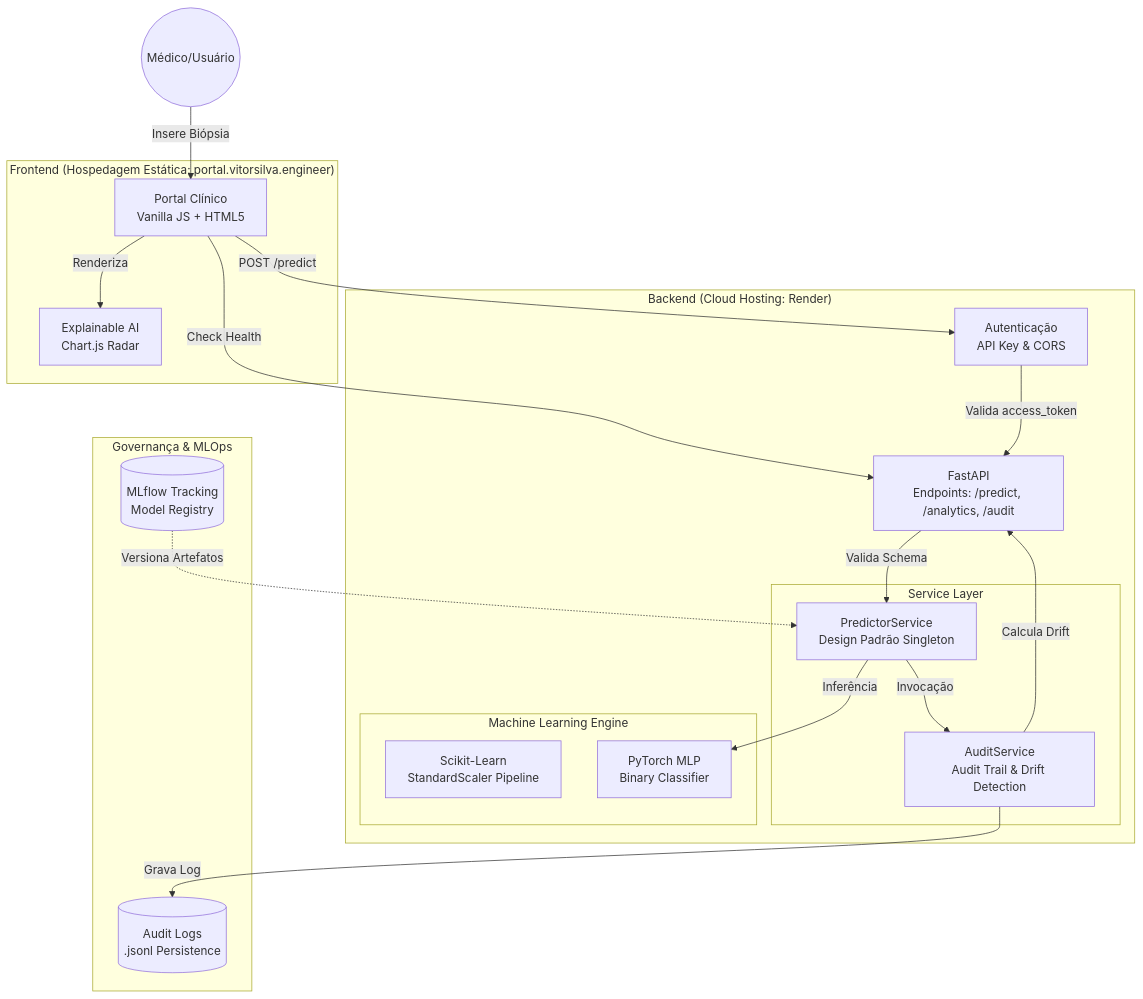
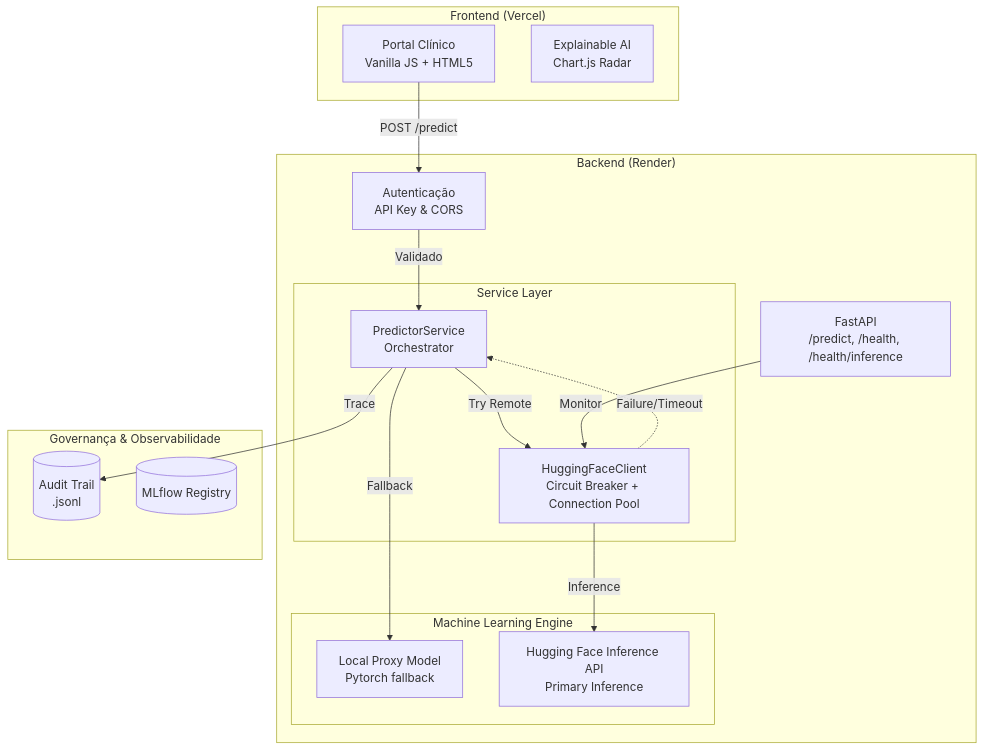
One commit to vdfs89/Aether_Oncology changed the diagram in README.md. Above: the diagram before and after it, drawn with Mermaid. The commit also changed other lines of this file and 27 other files, not shown here.

````diff
--- a/README.md
+++ b/README.md
@@ -96,39 +107,36 @@
 ```mermaid
 graph TD
-    subgraph "Frontend (Hospedagem Estática: portal.vitorsilva.engineer)"
+    subgraph "Frontend (Vercel)"
         UI[Portal Clínico\nVanilla JS + HTML5]
         XAI[Explainable AI\nChart.js Radar]
     end
 
-    subgraph "Backend (Cloud Hosting: Render)"
+    subgraph "Backend (Render)"
         Auth[Autenticação\nAPI Key & CORS]
-        API[FastAPI\nEndpoints: /predict, /analytics, /audit]
+        API[FastAPI\n/predict, /health, /health/inference]
         
         subgraph "Service Layer"
-            Service[PredictorService\nDesign Padrão Singleton]
-            Audit[AuditService\nAudit Trail & Drift Detection]
+            Service[PredictorService\nOrchestrator]
+            Client[HuggingFaceClient\nCircuit Breaker + Connection Pool]
         end
         
         subgraph "Machine Learning Engine"
-            Pipeline[Scikit-Learn\nStandardScaler Pipeline]
-            Model[PyTorch MLP\nBinary Classifier]
+            LocalProxy[Local Proxy Model\nPytorch fallback]
+            HF_API[Hugging Face Inference API\nPrimary Inference]
         end
     end
 
-    subgraph "Governança & MLOps"
-        MLflow[(MLflow Tracking\nModel Registry)]
-        Logs[(Audit Logs\n.jsonl Persistence)]
+    subgraph "Governança & Observabilidade"
+        AuditLog[(Audit Trail\n.jsonl)]
+        MLflow[(MLflow Registry)]
     end
 
-    Medico((Médico/Usuário)) -->|Insere Biópsia| UI
-    UI -->|Renderiza| XAI
-    UI -->|Check Health| API
     UI -->|POST /predict| Auth
-    Auth -->|Valida access_token| API
-    API -->|Valida Schema| Service
-    Service -->|Invocação| Audit
-    Audit -->|Grava Log| Logs
-    Audit -->|Calcula Drift| API
-    Service -->|Inferência| Model
-    MLflow -.->|Versiona Artefatos| Service
+    Auth -->|Validado| Service
+    Service -->|Try Remote| Client
+    Client -->|Inference| HF_API
+    Client -.->|Failure/Timeout| Service
+    Service -->|Fallback| LocalProxy
+    Service -->|Trace| AuditLog
+    API -->|Monitor| Client
 ```
````
